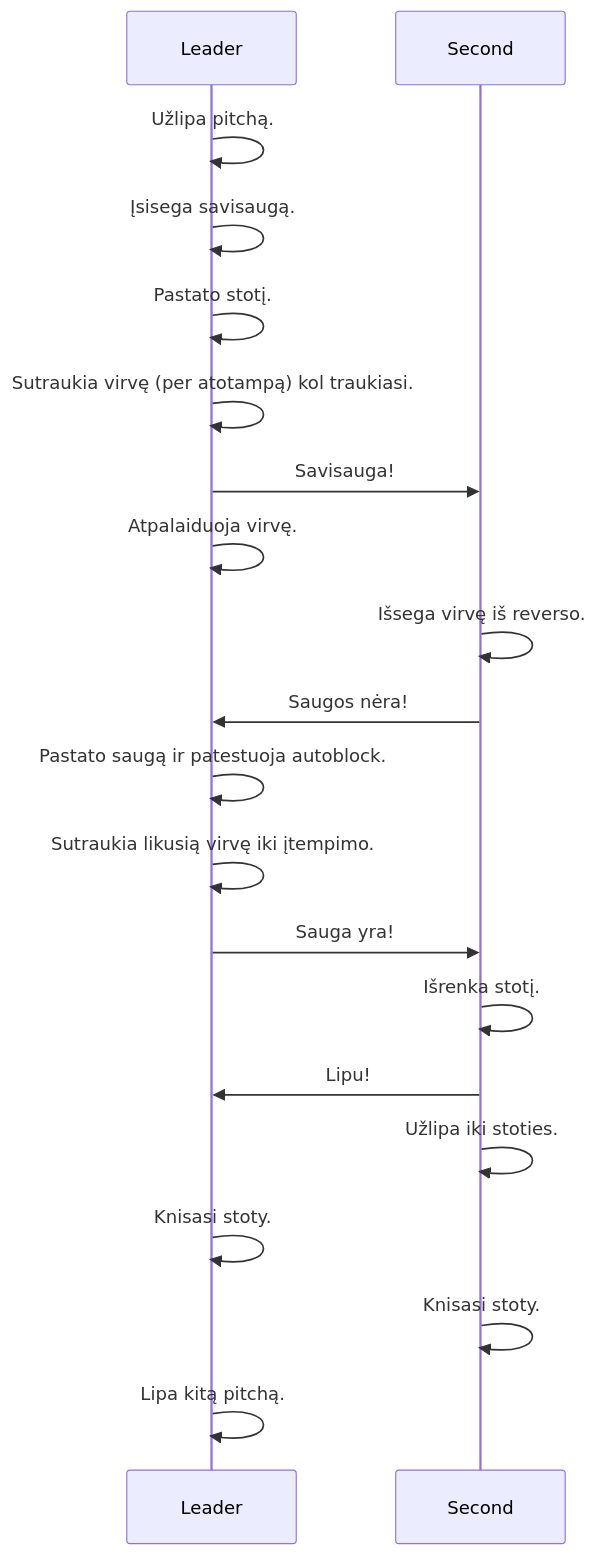
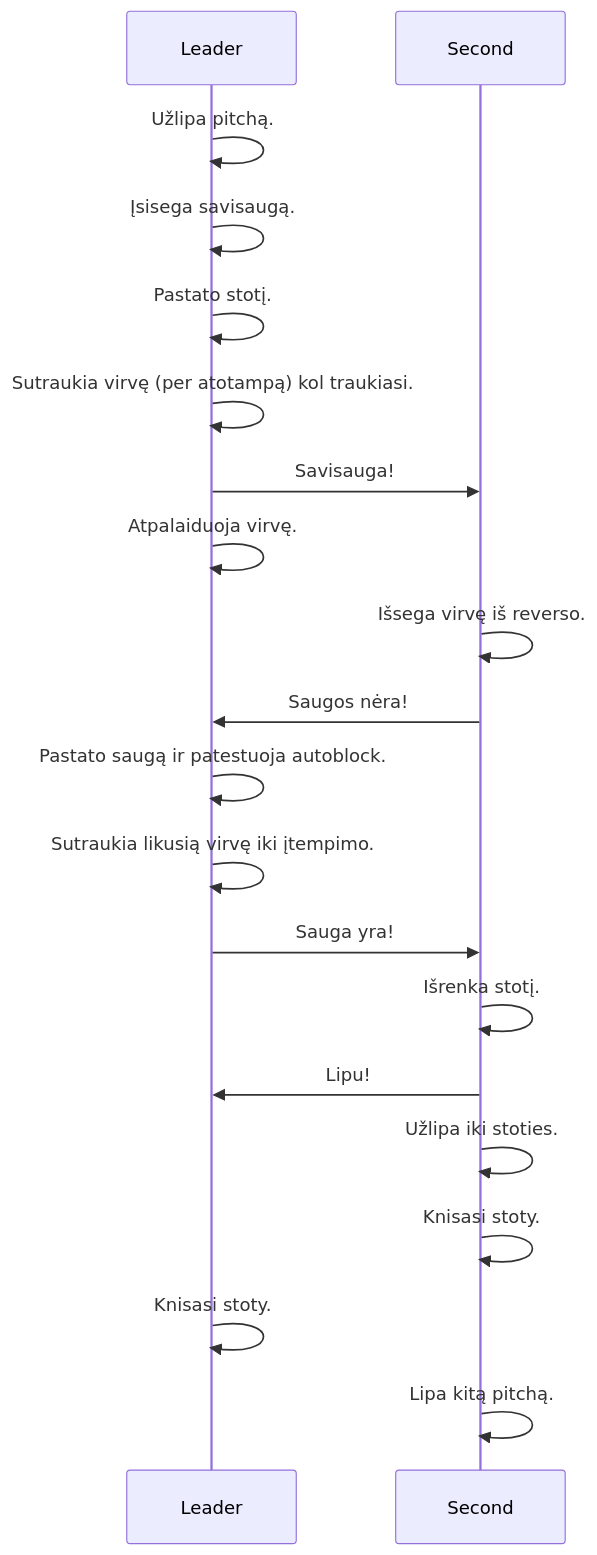
One commit to vzurauskas/multipitch changed the diagram in README.md. Above: the diagram before and after it, drawn with Mermaid.

````diff
--- a/README.md
+++ b/README.md
@@ -4,21 +4,21 @@
 ```mermaid
 sequenceDiagram
     Leader ->> Leader: Užlipa pitchą.
     Leader ->> Leader: Įsisega savisaugą.
     Leader ->> Leader: Pastato stotį.
     Leader ->> Leader: Sutraukia virvę (per atotampą) kol traukiasi.
     Leader ->> Second: Savisauga!
     Leader ->> Leader: Atpalaiduoja virvę.
     Second ->> Second: Išsega virvę iš reverso.
     Second ->> Leader: Saugos nėra!
     Leader ->> Leader: Pastato saugą ir patestuoja autoblock.
     Leader ->> Leader: Sutraukia likusią virvę iki įtempimo.
     Leader ->> Second: Sauga yra!
     Second ->> Second: Išrenka stotį.
     Second ->> Leader: Lipu!
     Second ->> Second: Užlipa iki stoties.
+    Second ->> Second: Knisasi stoty.
     Leader ->> Leader: Knisasi stoty.
-    Second ->> Second: Knisasi stoty.
-    Leader ->> Leader: Lipa kitą pitchą.
+    Second ->> Second: Lipa kitą pitchą.
     
 ```
````
